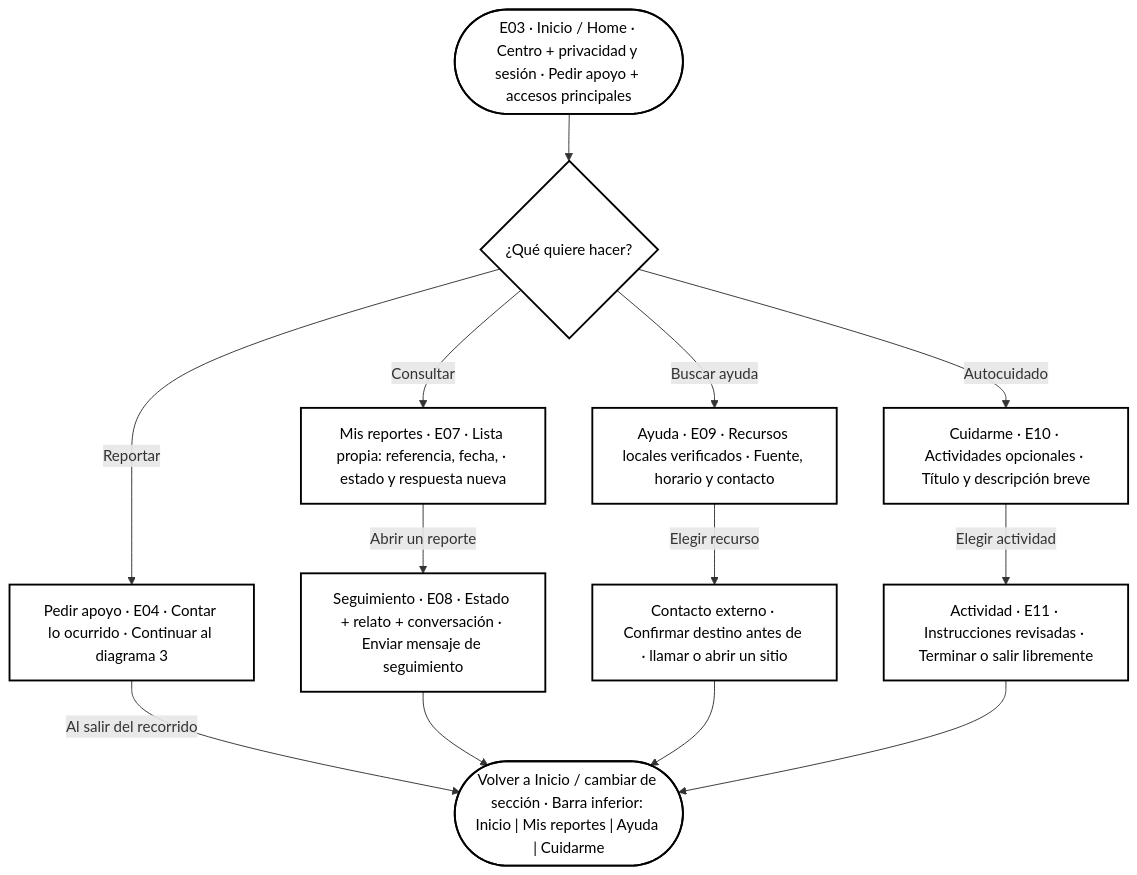
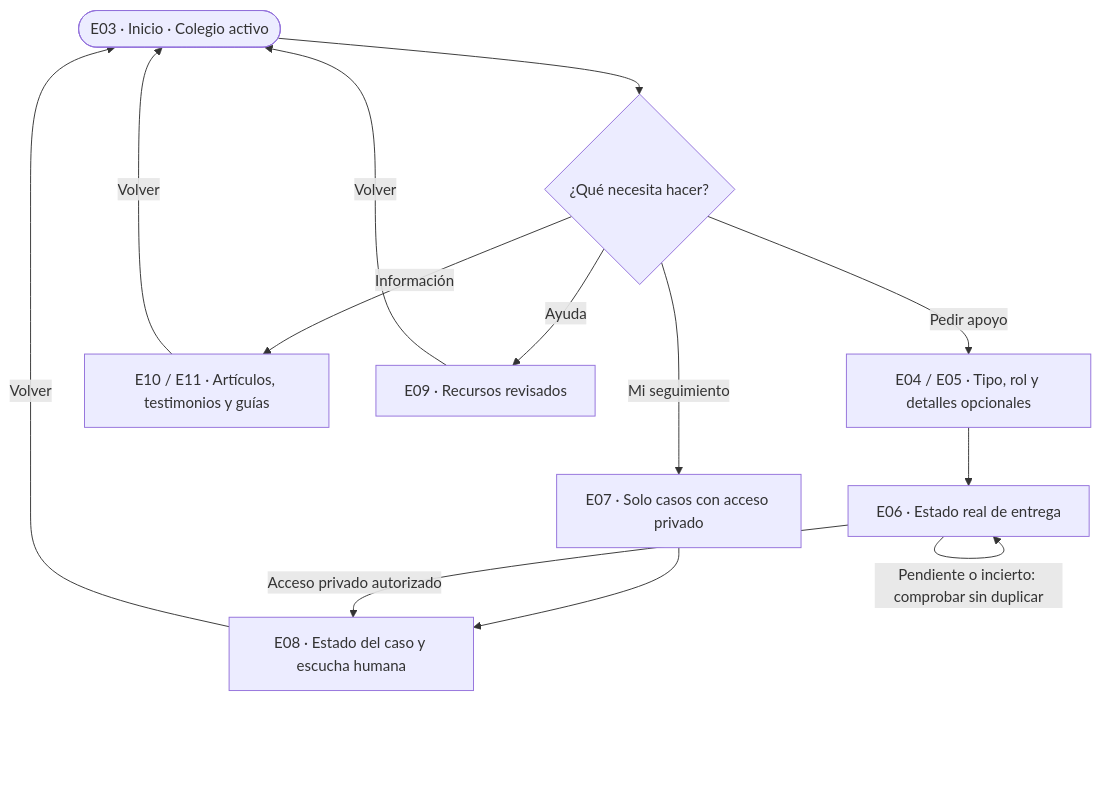
The second of 7 diagrams in docs/diseno/flujos/README.md (JaBaca67/Setu-Unicef-Bugnuelitos-UAM), drawn with Mermaid before and after one commit. The commit also changed other lines of this file and 12 other files, not shown here.

Commit message:
docs: actualizar siete flujos Mermaid y retirar vistas obsoletas

````diff
--- a/docs/diseno/flujos/README.md
+++ b/docs/diseno/flujos/README.md
@@ -55,27 +31,15 @@
 ```mermaid
 flowchart TD
-    home(["E03 · Inicio / Home · Centro + privacidad y sesión · Pedir apoyo + accesos principales"])
-    choice{"¿Qué quiere hacer?"}
-    report["Pedir apoyo · E04 · Contar lo ocurrido · Continuar al diagrama 3"]
-    reports["Mis reportes · E07 · Lista propia: referencia, fecha, · estado y respuesta nueva"]
-    help["Ayuda · E09 · Recursos locales verificados · Fuente, horario y contacto"]
-    care["Cuidarme · E10 · Actividades opcionales · Título y descripción breve"]
-    detail["Seguimiento · E08 · Estado + relato + conversación · Enviar mensaje de seguimiento"]
-    contact["Contacto externo · Confirmar destino antes de · llamar o abrir un sitio"]
-    activity["Actividad · E11 · Instrucciones revisadas · Terminar o salir libremente"]
-    back(["Volver a Inicio / cambiar de sección · Barra inferior: Inicio | Mis reportes | Ayuda | Cuidarme"])
-    home --> choice
-    choice -->|"Reportar"| report
-    choice -->|"Consultar"| reports
-    choice -->|"Buscar ayuda"| help
-    choice -->|"Autocuidado"| care
-    report -->|"Al salir del recorrido"| back
-    reports -->|"Abrir un reporte"| detail
-    help -->|"Elegir recurso"| contact
-    care -->|"Elegir actividad"| activity
-    detail --> back
-    contact --> back
-    activity --> back
-    classDef plain fill:#fff,stroke:#000,color:#000,stroke-width:2px;
-    class home,choice,report,reports,help,care,detail,contact,activity,back plain;
+    A(["E03 · Inicio · Colegio activo"]) --> B{"¿Qué necesita hacer?"}
+    B -->|"Pedir apoyo"| C["E04 / E05 · Tipo, rol y detalles opcionales"]
+    B -->|"Mi seguimiento"| D["E07 · Solo casos con acceso privado"]
+    B -->|"Información"| E["E10 / E11 · Artículos, testimonios y guías"]
+    B -->|"Ayuda"| F["E09 · Recursos revisados"]
+    C --> G["E06 · Estado real de entrega"]
+    D --> H["E08 · Estado del caso y escucha humana"]
+    G -->|"Acceso privado autorizado"| H
+    E -->|"Volver"| A
+    F -->|"Volver"| A
+    H -->|"Volver"| A
+    G -->|"Pendiente o incierto: comprobar sin duplicar"| G
 ```
````
